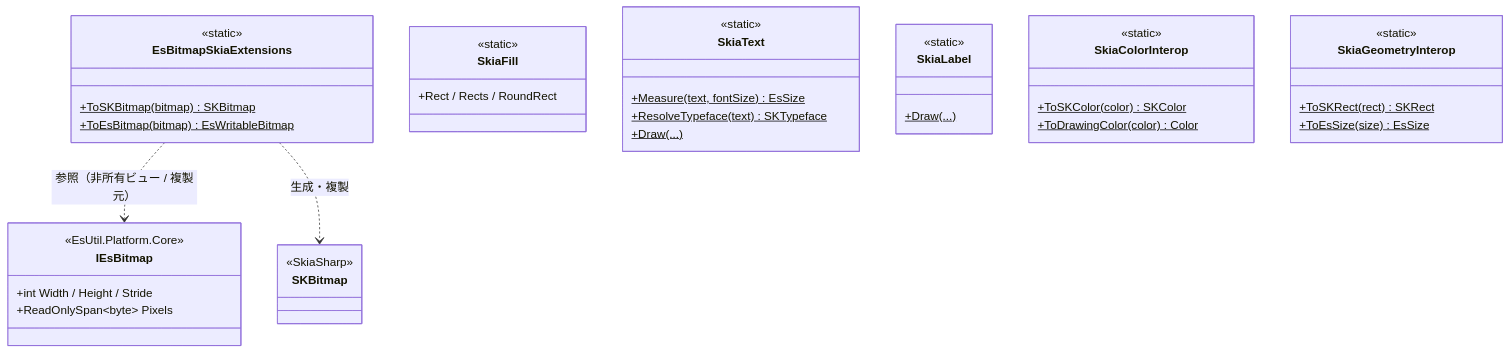
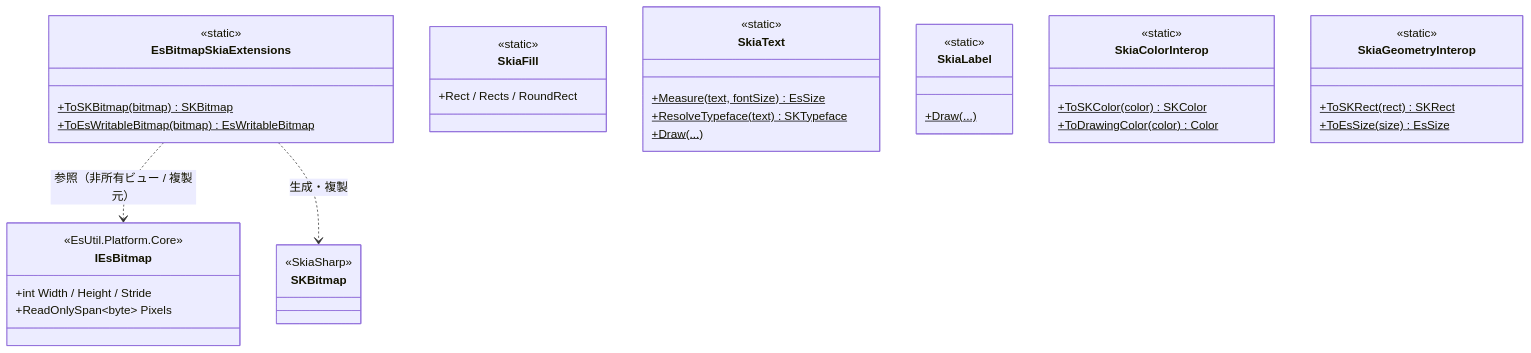
The second of 4 diagrams in src/Platform.Skia/docs/SPEC_System.md (tomokuni/SaveEvidence), drawn with Mermaid before and after one commit. The commit also changed other lines of this file and 24 other files, not shown here.

First line of the commit message:
戻り値と名前が食い違う ToEsBitmap を ToEsWritableBitmap へ改名し、Windows 標準コーデックを実測する

````diff
--- a/src/Platform.Skia/docs/SPEC_System.md
+++ b/src/Platform.Skia/docs/SPEC_System.md
@@ -81,43 +81,43 @@
 ```mermaid
 classDiagram
   class EsBitmapSkiaExtensions {
     <<static>>
     +ToSKBitmap(bitmap)$ SKBitmap
-    +ToEsBitmap(bitmap)$ EsWritableBitmap
+    +ToEsWritableBitmap(bitmap)$ EsWritableBitmap
   }
   class SkiaFill {
     <<static>>
     +Rect / Rects / RoundRect
   }
   class SkiaText {
     <<static>>
     +Measure(text, fontSize)$ EsSize
     +ResolveTypeface(text)$ SKTypeface
     +Draw(...)$
   }
   class SkiaLabel {
     <<static>>
     +Draw(...)$
   }
   class SkiaColorInterop {
     <<static>>
     +ToSKColor(color)$ SKColor
     +ToDrawingColor(color)$ Color
   }
   class SkiaGeometryInterop {
     <<static>>
     +ToSKRect(rect)$ SKRect
     +ToEsSize(size)$ EsSize
   }
   class IEsBitmap {
     <<EsUtil.Platform.Core>>
     +int Width / Height / Stride
     +ReadOnlySpan~byte~ Pixels
   }
   class SKBitmap {
     <<SkiaSharp>>
   }
 
   EsBitmapSkiaExtensions ..> IEsBitmap : 参照（非所有ビュー / 複製元）
   EsBitmapSkiaExtensions ..> SKBitmap : 生成・複製
 ```
````
